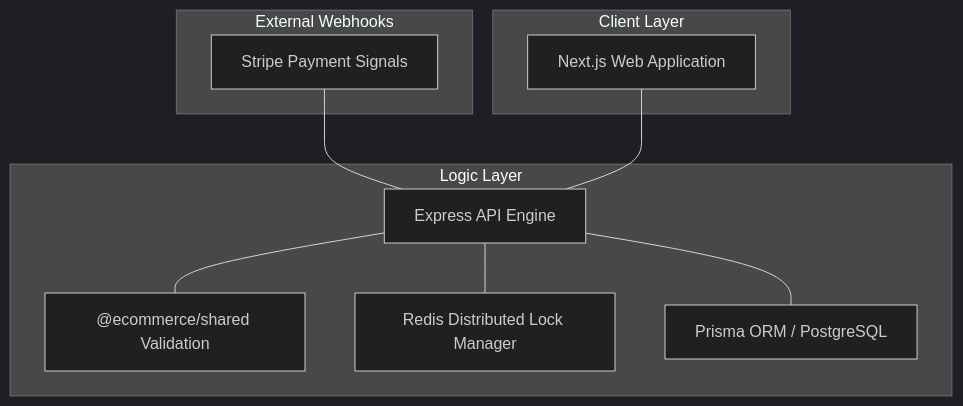
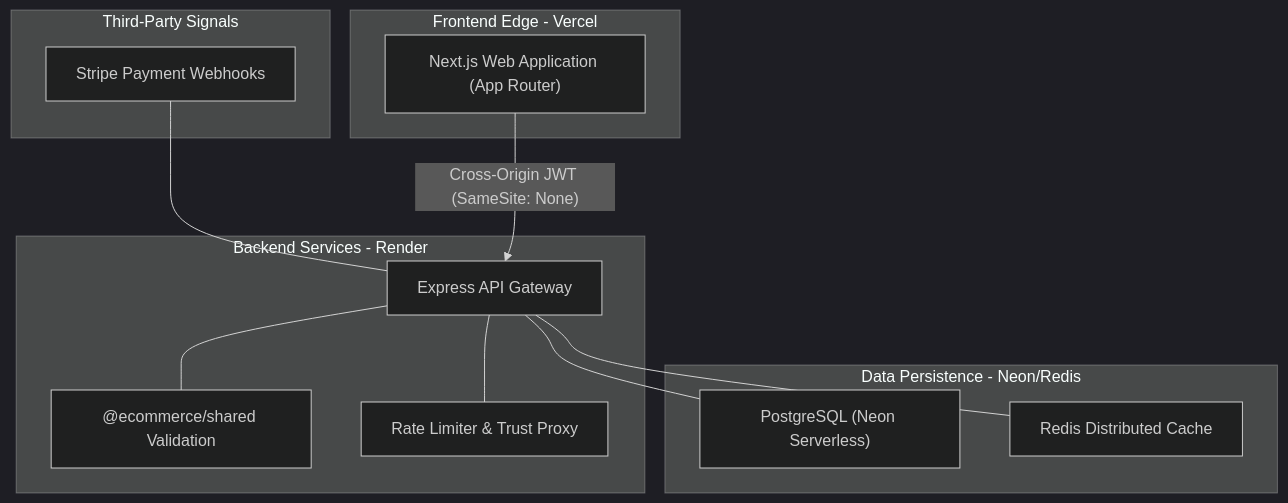
The diagram in README.md (sasidhar-jonnalagadda/high-concurrency-ecommerce-monorepo), drawn with Mermaid (dark theme) before and after one commit. The commit also changed other lines of this file, not shown here.

First line of the commit message:
docs: update README with production architecture and live demo credentials

````diff
--- a/README.md
+++ b/README.md
@@ -16,24 +32,30 @@
 ```mermaid
 graph TD
-    subgraph Client_Layer [Client Layer]
-        A["Next.js Web Application"]
+    subgraph Edge_Network [Frontend Edge - Vercel]
+        A["Next.js Web Application (App Router)"]
     end
 
-    subgraph Logic_Layer [Logic Layer]
-        B["Express API Engine"]
+    subgraph Cloud_Runtime [Backend Services - Render]
+        B["Express API Gateway"]
         C["@ecommerce/shared Validation"]
-        D["Redis Distributed Lock Manager"]
-        E["Prisma ORM / PostgreSQL"]
+        D["Rate Limiter & Trust Proxy"]
         
         B --- C
         B --- D
-        B --- E
     end
 
-    subgraph External_Webhooks [External Webhooks]
-        F["Stripe Payment Signals"]
-        F --- B
+    subgraph Serverless_Data [Data Persistence - Neon/Redis]
+        E["PostgreSQL (Neon Serverless)"]
+        F["Redis Distributed Cache"]
+        
+        B --- E
+        B --- F
     end
 
-    A --- B
+    subgraph External_Webhooks [Third-Party Signals]
+        G["Stripe Payment Webhooks"]
+        G --- B
+    end
+
+    A -- "Cross-Origin JWT (SameSite: None)" --> B
 ```
````
